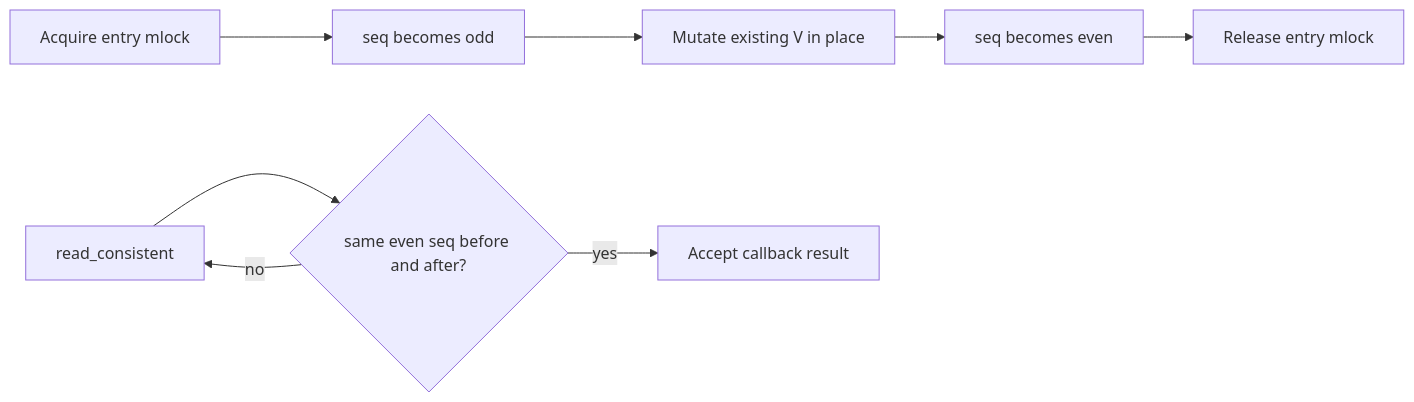
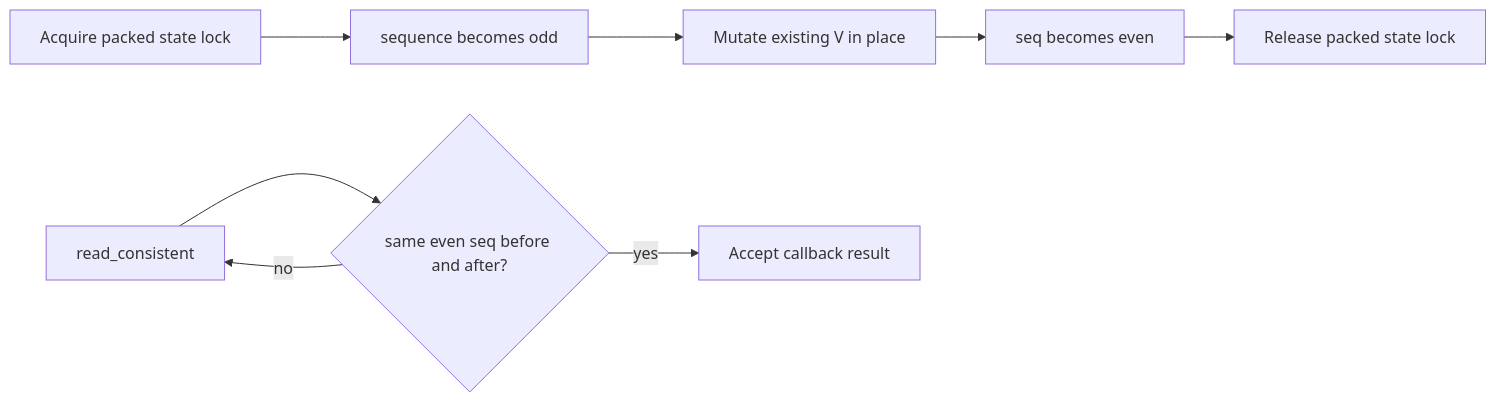
Diagram 12 of 16 in src/content/blogs/custom-concurrent-hashmap-rust.mdx (Rana718/portfolio), drawn with Mermaid before and after one commit. The commit also changed other lines of this file, not shown here.

````diff
--- a/src/content/blogs/custom-concurrent-hashmap-rust.mdx
+++ b/src/content/blogs/custom-concurrent-hashmap-rust.mdx
@@ -491,10 +480,10 @@
 ```mermaid
 flowchart LR
-    LOCK["Acquire entry mlock"] --> ODD["seq becomes odd"]
+    LOCK["Acquire packed state lock"] --> ODD["sequence becomes odd"]
     ODD --> MUTATE["Mutate existing V in place"]
     MUTATE --> EVEN["seq becomes even"]
-    EVEN --> UNLOCK["Release entry mlock"]
+    EVEN --> UNLOCK["Release packed state lock"]
     READ["read_consistent"] --> CHECK{"same even seq before and after?"}
     CHECK -->|yes| ACCEPT["Accept callback result"]
     CHECK -->|no| READ
 ```
````
